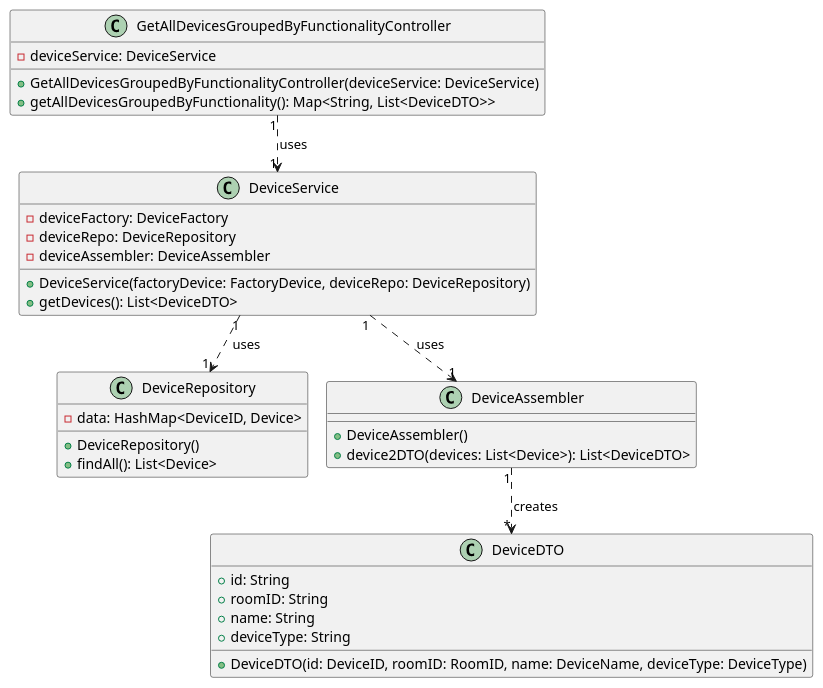
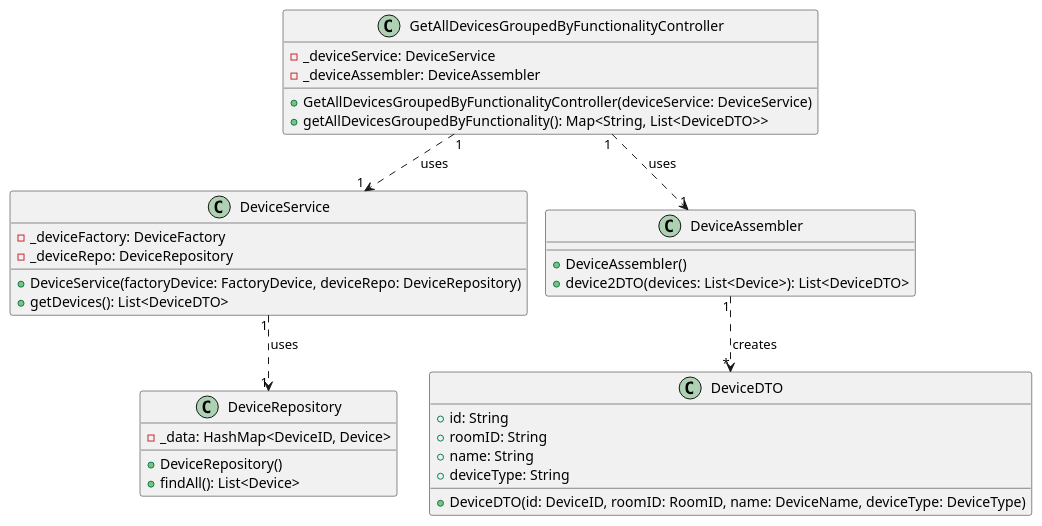
Before and after one commit to olivDiogo/SmartHome: the diagram in docs/userStories/us09/artifacts/US09CD.puml, drawn with PlantUML. The commit also changed 1 other file, not shown here.

Commit message:
#59 docs: minor change to US09 Class Diagram

```diff
--- a/docs/userStories/us09/artifacts/US09CD.puml
+++ b/docs/userStories/us09/artifacts/US09CD.puml
@@ -1,44 +1,44 @@
 @startuml
 'https://plantuml.com/class-diagram
 !pragma layout smetana
 
 class GetAllDevicesGroupedByFunctionalityController {
-    -deviceService: DeviceService
+    -_deviceService: DeviceService
+    -_deviceAssembler: DeviceAssembler
 
     +GetAllDevicesGroupedByFunctionalityController(deviceService: DeviceService)
     +getAllDevicesGroupedByFunctionality(): Map<String, List<DeviceDTO>>
 
 }
 
 class DeviceService {
-    -deviceFactory: DeviceFactory
-    -deviceRepo: DeviceRepository
-    -deviceAssembler: DeviceAssembler
+    -_deviceFactory: DeviceFactory
+    -_deviceRepo: DeviceRepository
     +DeviceService(factoryDevice: FactoryDevice, deviceRepo: DeviceRepository)
     +getDevices(): List<DeviceDTO>
 }
 
 class DeviceRepository {
-    -data: HashMap<DeviceID, Device>
+    -_data: HashMap<DeviceID, Device>
     +DeviceRepository()
     +findAll(): List<Device>
 }
 
 class DeviceAssembler {
     +DeviceAssembler()
     +device2DTO(devices: List<Device>): List<DeviceDTO>
 }
 
 class DeviceDTO {
     +id: String
     +roomID: String
     +name: String
     +deviceType: String
     +DeviceDTO(id: DeviceID, roomID: RoomID, name: DeviceName, deviceType: DeviceType)
 }
 
 GetAllDevicesGroupedByFunctionalityController "1" ..> "1" DeviceService: uses
 DeviceService "1" ..> "1" DeviceRepository: uses
-DeviceService "1" ..> "1" DeviceAssembler: uses
+GetAllDevicesGroupedByFunctionalityController "1" ..> "1" DeviceAssembler: uses
 DeviceAssembler "1" ..> "*" DeviceDTO: creates
 @enduml
```
